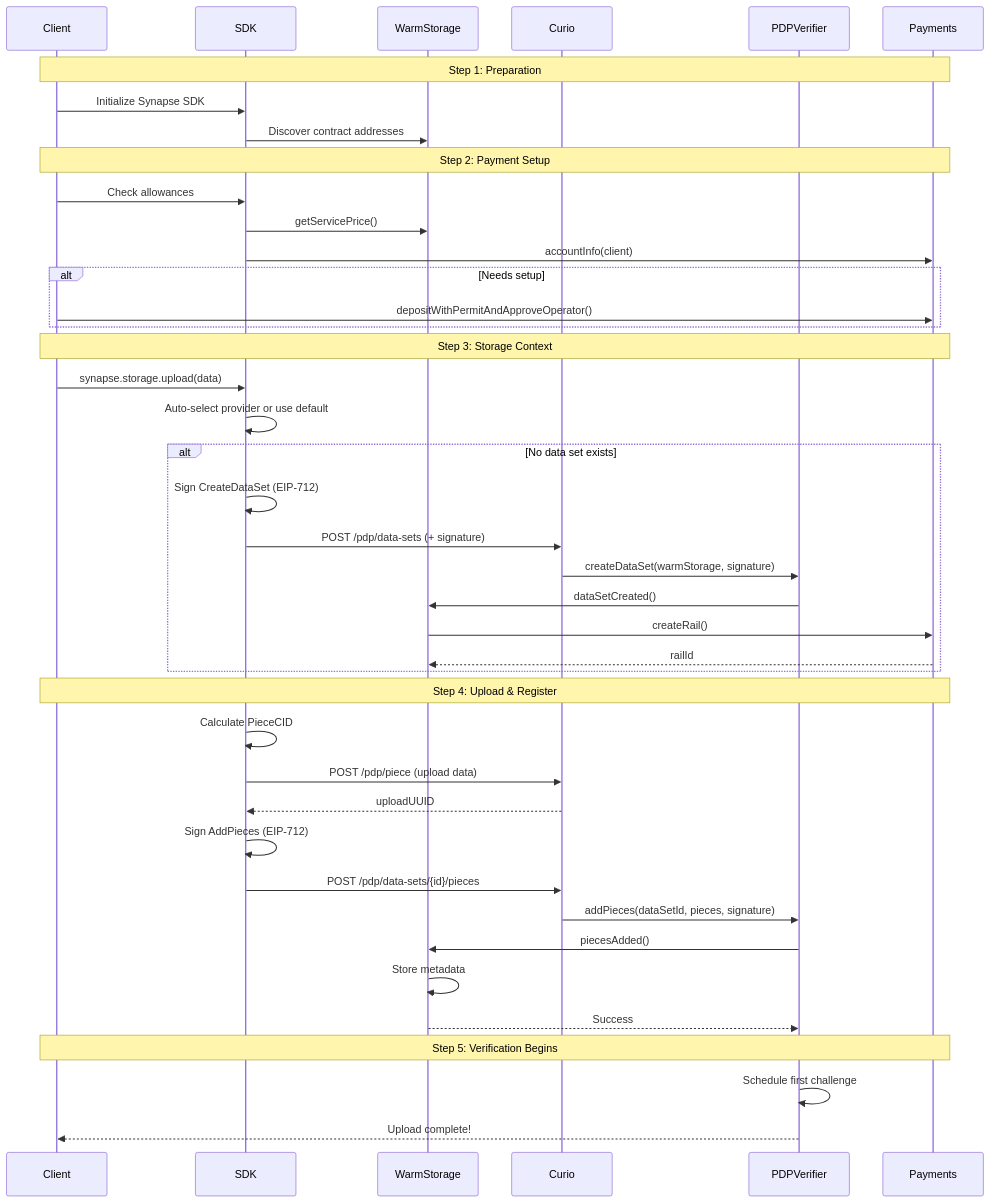
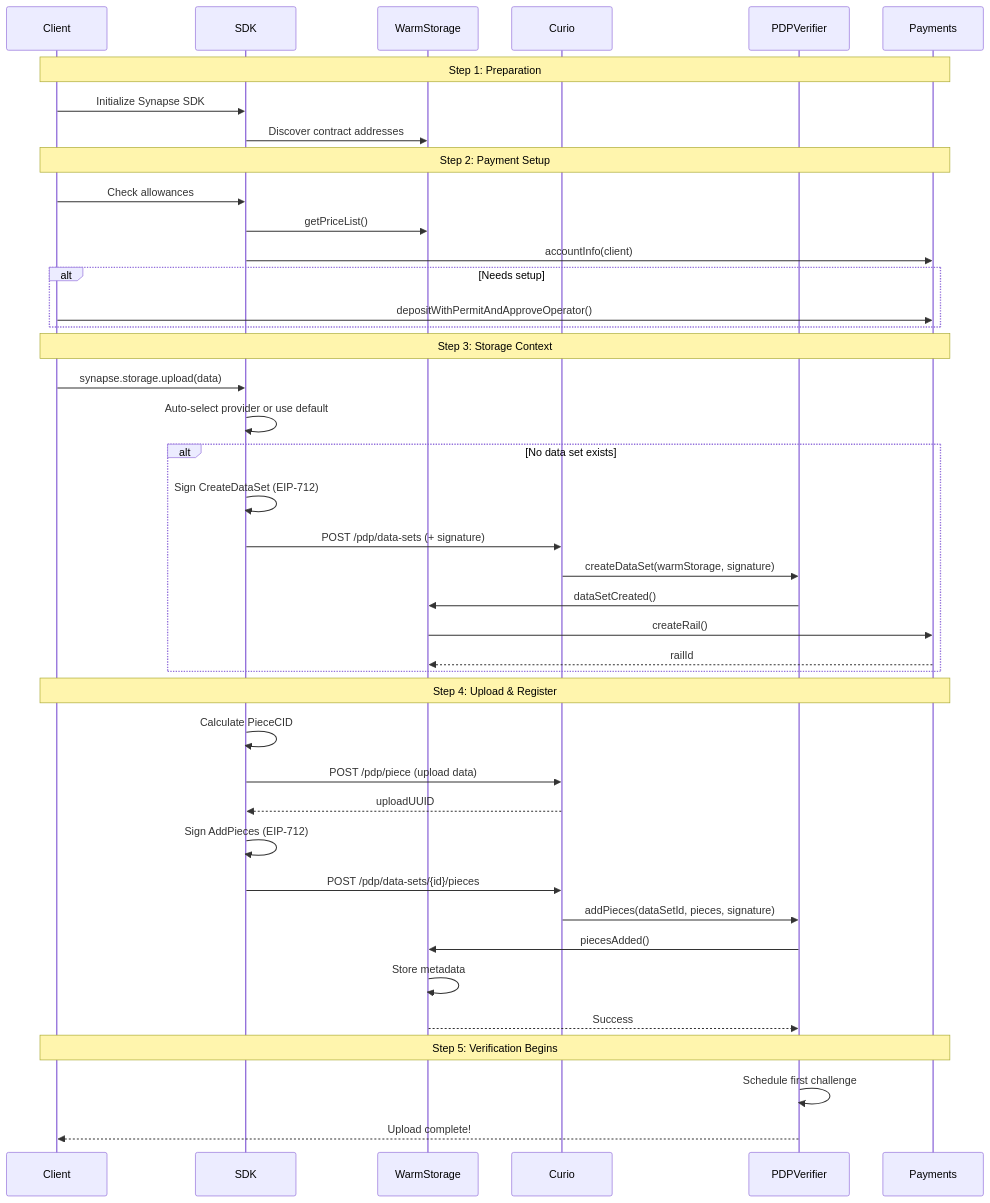
Before and after one commit to FilOzone/synapse-sdk: the diagram in docs/src/content/docs/developer-guides/index.md, drawn with Mermaid. The commit also changed 52 other files, not shown here.

Commit message:
feat(costs)!: per-operation pricing price list (#823)

````diff
--- a/docs/src/content/docs/developer-guides/index.md
+++ b/docs/src/content/docs/developer-guides/index.md
@@ -56,48 +56,48 @@
 ```mermaid
 sequenceDiagram
     participant Client
     participant SDK
     participant WarmStorage
     participant Curio
     participant PDPVerifier
     participant Payments
 
     Note over Client,Payments: Step 1: Preparation
     Client->>SDK: Initialize Synapse SDK
     SDK->>WarmStorage: Discover contract addresses
 
     Note over Client,Payments: Step 2: Payment Setup
     Client->>SDK: Check allowances
-    SDK->>WarmStorage: getServicePrice()
+    SDK->>WarmStorage: getPriceList()
     SDK->>Payments: accountInfo(client)
     alt Needs setup
         Client->>Payments: depositWithPermitAndApproveOperator()
     end
 
     Note over Client,Payments: Step 3: Storage Context
     Client->>SDK: synapse.storage.upload(data)
     SDK->>SDK: Auto-select provider or use default
     alt No data set exists
         SDK->>SDK: Sign CreateDataSet (EIP-712)
         SDK->>Curio: POST /pdp/data-sets (+ signature)
         Curio->>PDPVerifier: createDataSet(warmStorage, signature)
         PDPVerifier->>WarmStorage: dataSetCreated()
         WarmStorage->>Payments: createRail()
         Payments-->>WarmStorage: railId
     end
 
     Note over Client,Payments: Step 4: Upload & Register
     SDK->>SDK: Calculate PieceCID
     SDK->>Curio: POST /pdp/piece (upload data)
     Curio-->>SDK: uploadUUID
     SDK->>SDK: Sign AddPieces (EIP-712)
     SDK->>Curio: POST /pdp/data-sets/{id}/pieces
     Curio->>PDPVerifier: addPieces(dataSetId, pieces, signature)
     PDPVerifier->>WarmStorage: piecesAdded()
     WarmStorage->>WarmStorage: Store metadata
     WarmStorage-->>PDPVerifier: Success
 
     Note over Client,Payments: Step 5: Verification Begins
     PDPVerifier->>PDPVerifier: Schedule first challenge
     PDPVerifier-->>Client: Upload complete!
 ```
````
